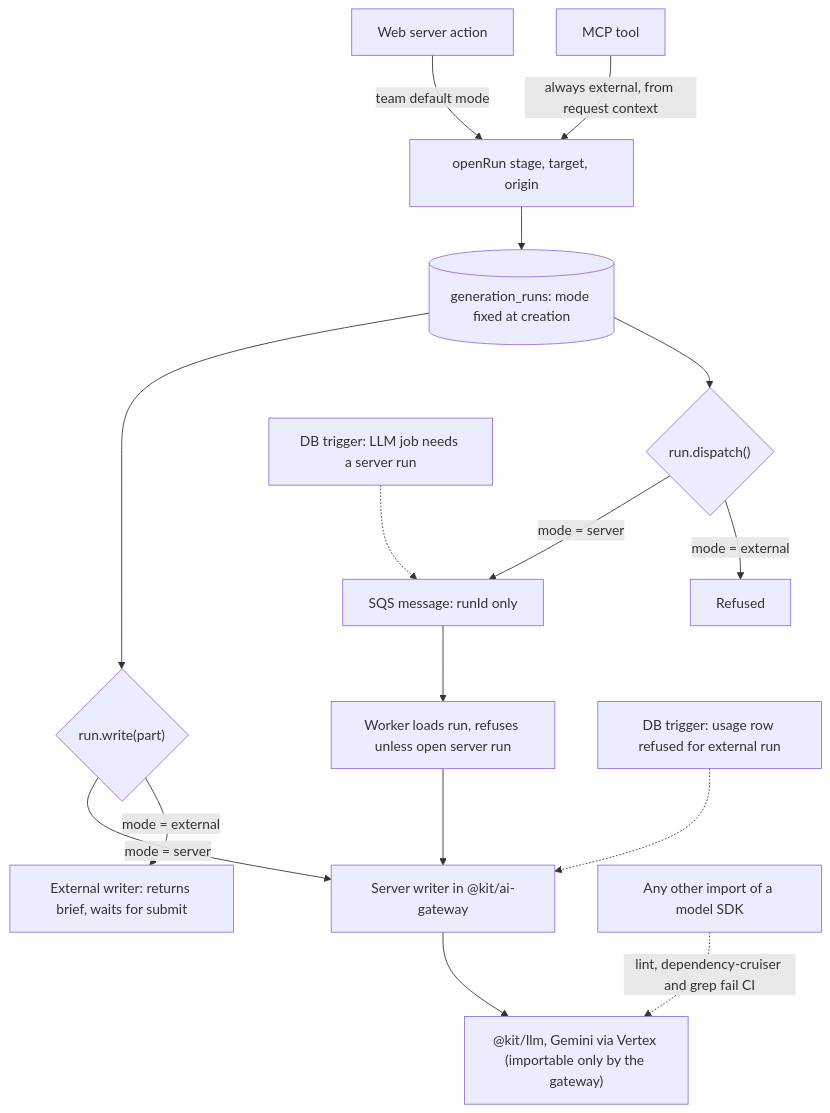
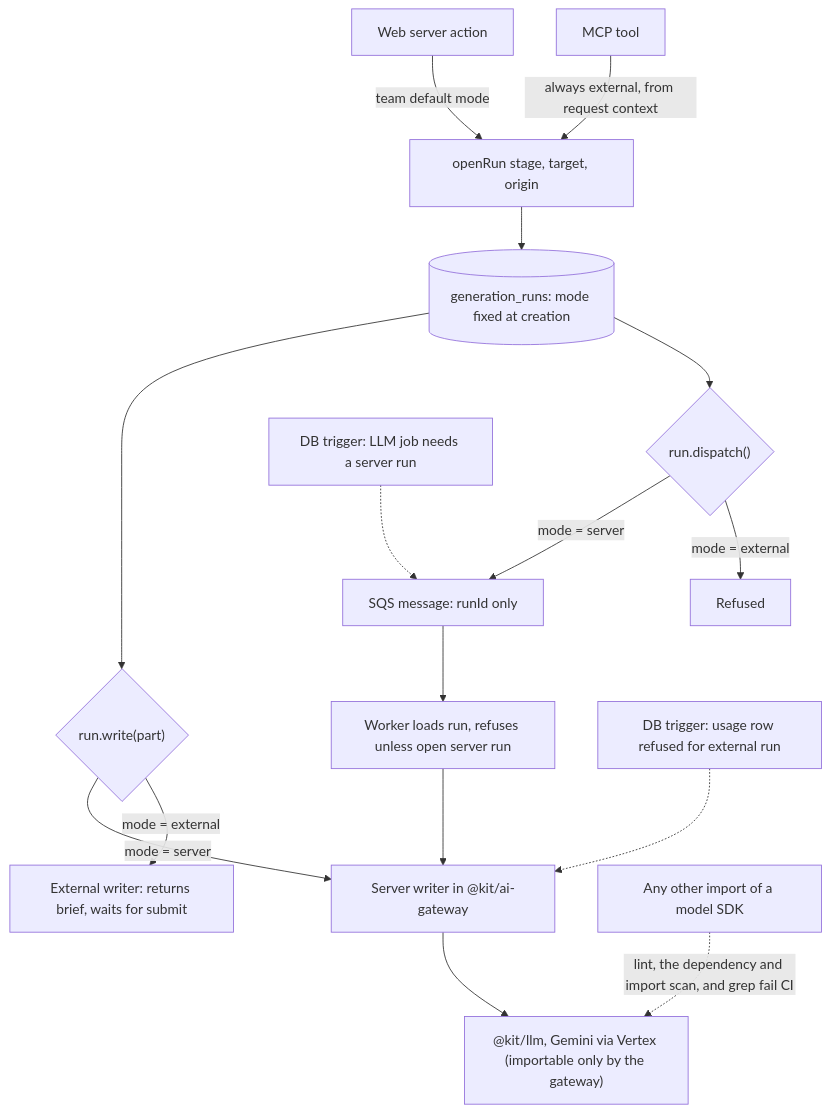
One commit to aroundAI/storybook changed the third of 4 diagrams in specs/phase-19-dual-ai-mcp/EDD.md. Above: the diagram before and after it, drawn with Mermaid. The commit also changed other lines of this file and 8 other files, not shown here.

````diff
--- a/specs/phase-19-dual-ai-mcp/EDD.md
+++ b/specs/phase-19-dual-ai-mcp/EDD.md
@@ -422,18 +422,18 @@
 ```mermaid
 flowchart TD
   WA[Web server action] -->|team default mode| OR[openRun stage, target, origin]
   MT[MCP tool] -->|always external, from request context| OR
   OR --> RUN[(generation_runs: mode fixed at creation)]
   RUN --> W{"run.write(part)"}
   W -->|mode = server| SW[Server writer in @kit/ai-gateway]
   W -->|mode = external| EW[External writer: returns brief, waits for submit]
   SW --> LLM["@kit/llm, Gemini via Vertex (importable only by the gateway)"]
   RUN --> DP{"run.dispatch()"}
   DP -->|mode = server| SQS[SQS message: runId only]
   DP -->|mode = external| REF[Refused]
   SQS --> WK[Worker loads run, refuses unless open server run]
   WK --> SW
-  X[Any other import of a model SDK] -.->|lint, dependency-cruiser and grep fail CI| LLM
+  X[Any other import of a model SDK] -.->|lint, the dependency and import scan, and grep fail CI| LLM
   T1[DB trigger: LLM job needs a server run] -.-> SQS
   T2[DB trigger: usage row refused for external run] -.-> SW
 ```
````
